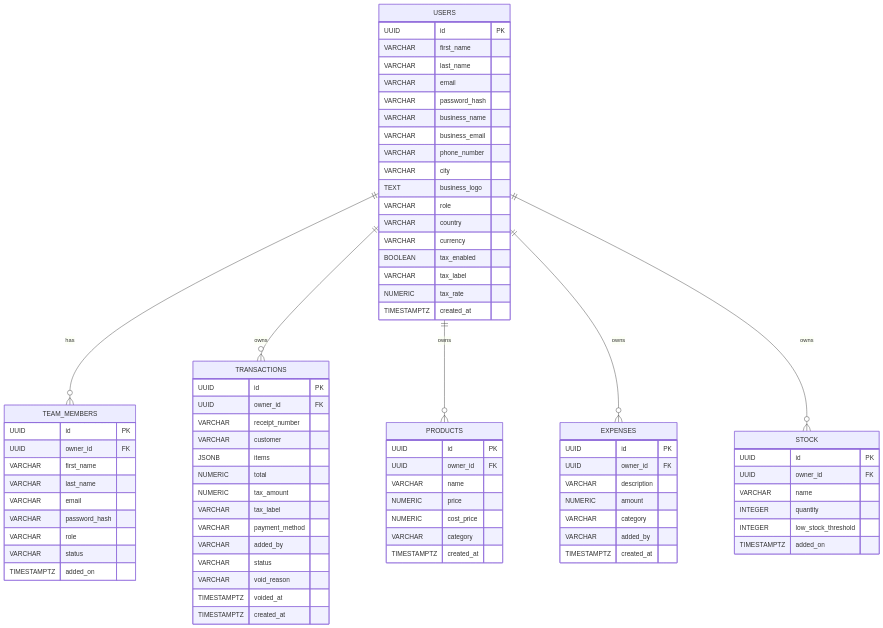
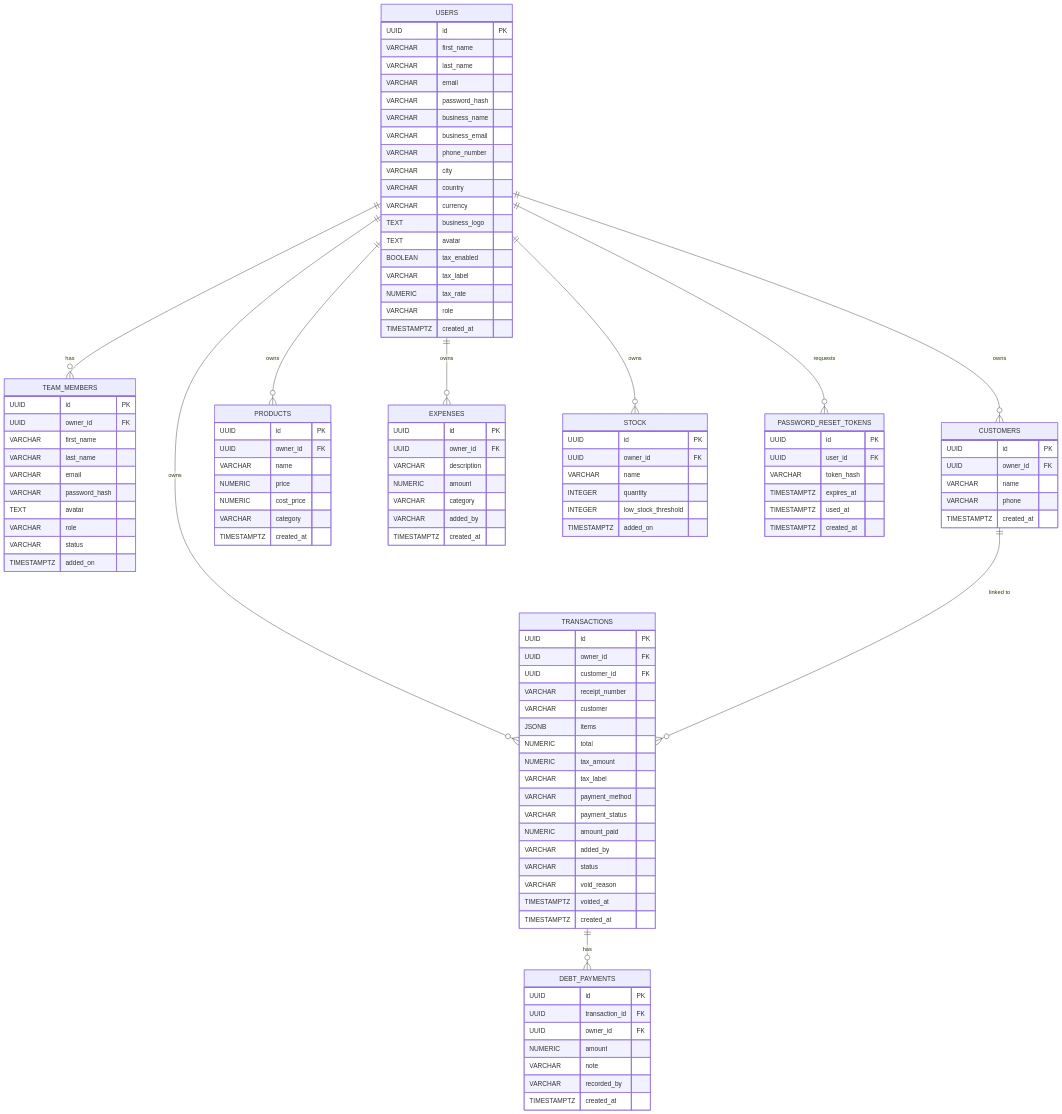
Before and after one commit to heytimdev/DwaTrack: the diagram in diagrams/erd.mmd, drawn with Mermaid. The commit also changed 41 other files, not shown here.

```diff
--- a/diagrams/erd.mmd
+++ b/diagrams/erd.mmd
@@ -1,84 +1,120 @@
 erDiagram
     USERS {
-        UUID    id PK
-        VARCHAR first_name
-        VARCHAR last_name
-        VARCHAR email
-        VARCHAR password_hash
-        VARCHAR business_name
-        VARCHAR business_email
-        VARCHAR phone_number
-        VARCHAR city
-        TEXT    business_logo
-        VARCHAR role
-        VARCHAR country
-        VARCHAR currency
-        BOOLEAN tax_enabled
-        VARCHAR tax_label
-        NUMERIC tax_rate
+        UUID        id PK
+        VARCHAR     first_name
+        VARCHAR     last_name
+        VARCHAR     email
+        VARCHAR     password_hash
+        VARCHAR     business_name
+        VARCHAR     business_email
+        VARCHAR     phone_number
+        VARCHAR     city
+        VARCHAR     country
+        VARCHAR     currency
+        TEXT        business_logo
+        TEXT        avatar
+        BOOLEAN     tax_enabled
+        VARCHAR     tax_label
+        NUMERIC     tax_rate
+        VARCHAR     role
         TIMESTAMPTZ created_at
     }
 
     TEAM_MEMBERS {
-        UUID    id PK
-        UUID    owner_id FK
-        VARCHAR first_name
-        VARCHAR last_name
-        VARCHAR email
-        VARCHAR password_hash
-        VARCHAR role
-        VARCHAR status
+        UUID        id PK
+        UUID        owner_id FK
+        VARCHAR     first_name
+        VARCHAR     last_name
+        VARCHAR     email
+        VARCHAR     password_hash
+        TEXT        avatar
+        VARCHAR     role
+        VARCHAR     status
         TIMESTAMPTZ added_on
     }
 
+    CUSTOMERS {
+        UUID        id PK
+        UUID        owner_id FK
+        VARCHAR     name
+        VARCHAR     phone
+        TIMESTAMPTZ created_at
+    }
+
     TRANSACTIONS {
-        UUID    id PK
-        UUID    owner_id FK
-        VARCHAR receipt_number
-        VARCHAR customer
-        JSONB   items
-        NUMERIC total
-        NUMERIC tax_amount
-        VARCHAR tax_label
-        VARCHAR payment_method
-        VARCHAR added_by
-        VARCHAR status
-        VARCHAR void_reason
+        UUID        id PK
+        UUID        owner_id FK
+        UUID        customer_id FK
+        VARCHAR     receipt_number
+        VARCHAR     customer
+        JSONB       items
+        NUMERIC     total
+        NUMERIC     tax_amount
+        VARCHAR     tax_label
+        VARCHAR     payment_method
+        VARCHAR     payment_status
+        NUMERIC     amount_paid
+        VARCHAR     added_by
+        VARCHAR     status
+        VARCHAR     void_reason
         TIMESTAMPTZ voided_at
         TIMESTAMPTZ created_at
     }
 
+    DEBT_PAYMENTS {
+        UUID        id PK
+        UUID        transaction_id FK
+        UUID        owner_id FK
+        NUMERIC     amount
+        VARCHAR     note
+        VARCHAR     recorded_by
+        TIMESTAMPTZ created_at
+    }
+
     PRODUCTS {
-        UUID    id PK
-        UUID    owner_id FK
-        VARCHAR name
-        NUMERIC price
-        NUMERIC cost_price
-        VARCHAR category
+        UUID        id PK
+        UUID        owner_id FK
+        VARCHAR     name
+        NUMERIC     price
+        NUMERIC     cost_price
+        VARCHAR     category
         TIMESTAMPTZ created_at
     }
 
     EXPENSES {
-        UUID    id PK
-        UUID    owner_id FK
-        VARCHAR description
-        NUMERIC amount
-        VARCHAR category
-        VARCHAR added_by
+        UUID        id PK
+        UUID        owner_id FK
+        VARCHAR     description
+        NUMERIC     amount
+        VARCHAR     category
+        VARCHAR     added_by
         TIMESTAMPTZ created_at
     }
 
     STOCK {
-        UUID    id PK
-        UUID    owner_id FK
-        VARCHAR name
-        INTEGER quantity
-        INTEGER low_stock_threshold
+        UUID        id PK
+        UUID        owner_id FK
+        VARCHAR     name
+        INTEGER     quantity
+        INTEGER     low_stock_threshold
         TIMESTAMPTZ added_on
     }
 
-    USERS ||--o{ TEAM_MEMBERS   : "has"
-    USERS ||--o{ TRANSACTIONS   : "owns"
-    USERS ||--o{ PRODUCTS       : "owns"
-    USERS ||--o{ EXPENSES       : "owns"
-    USERS ||--o{ STOCK          : "owns"
+    PASSWORD_RESET_TOKENS {
+        UUID        id PK
+        UUID        user_id FK
+        VARCHAR     token_hash
+        TIMESTAMPTZ expires_at
+        TIMESTAMPTZ used_at
+        TIMESTAMPTZ created_at
+    }
+
+    USERS         ||--o{ TEAM_MEMBERS          : "has"
+    USERS         ||--o{ CUSTOMERS             : "owns"
+    USERS         ||--o{ TRANSACTIONS          : "owns"
+    USERS         ||--o{ PRODUCTS              : "owns"
+    USERS         ||--o{ EXPENSES              : "owns"
+    USERS         ||--o{ STOCK                 : "owns"
+    USERS         ||--o{ PASSWORD_RESET_TOKENS : "requests"
+    CUSTOMERS     ||--o{ TRANSACTIONS          : "linked to"
+    TRANSACTIONS  ||--o{ DEBT_PAYMENTS         : "has"
```
